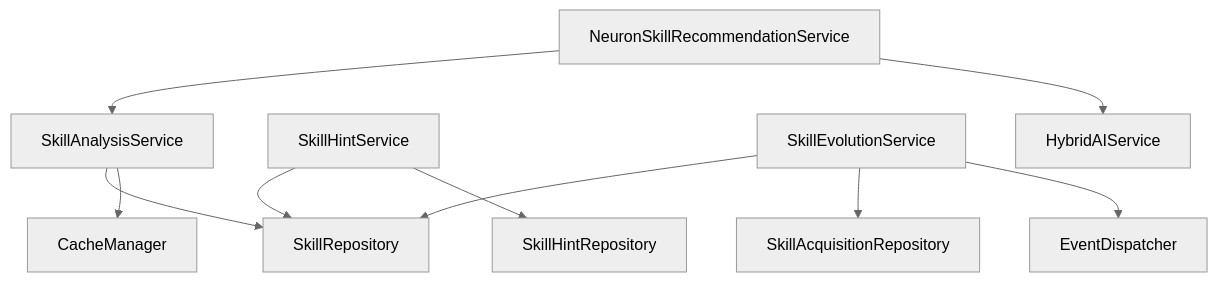
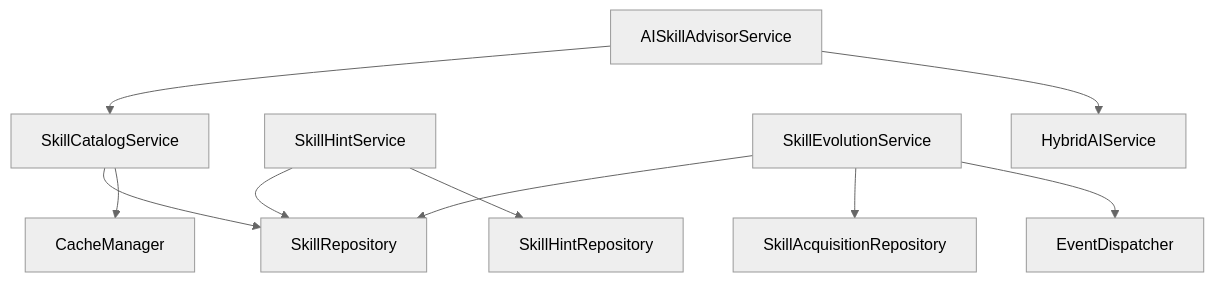
The sixth of 7 diagrams in docs/01-tech-flow/TECH-FLOW-004_Skill_Management_Flow.md (exatfrds67/umamusume-career-planner), drawn with Mermaid (neutral theme) before and after one commit. The commit also changed other lines of this file and 58 other files, not shown here.

Commit message:
docs(flow): fix markdownlint errors in diagrams, flows, sequences, tech-flow, user-flows, and wireframes

````diff
--- a/docs/01-tech-flow/TECH-FLOW-004_Skill_Management_Flow.md
+++ b/docs/01-tech-flow/TECH-FLOW-004_Skill_Management_Flow.md
@@ -1224,15 +1224,15 @@
 ```mermaid
 flowchart TD
-    SkillAnalysisService --> SkillRepository
-    SkillAnalysisService --> CacheManager
+    SkillCatalogService --> SkillRepository
+    SkillCatalogService --> CacheManager
     
     SkillHintService --> SkillRepository
     SkillHintService --> SkillHintRepository
     
     SkillEvolutionService --> SkillRepository
     SkillEvolutionService --> SkillAcquisitionRepository
     SkillEvolutionService --> EventDispatcher
     
-    NeuronSkillRecommendationService --> SkillAnalysisService
-    NeuronSkillRecommendationService --> HybridAIService
+    AISkillAdvisorService --> SkillCatalogService
+    AISkillAdvisorService --> HybridAIService
 ```
````
